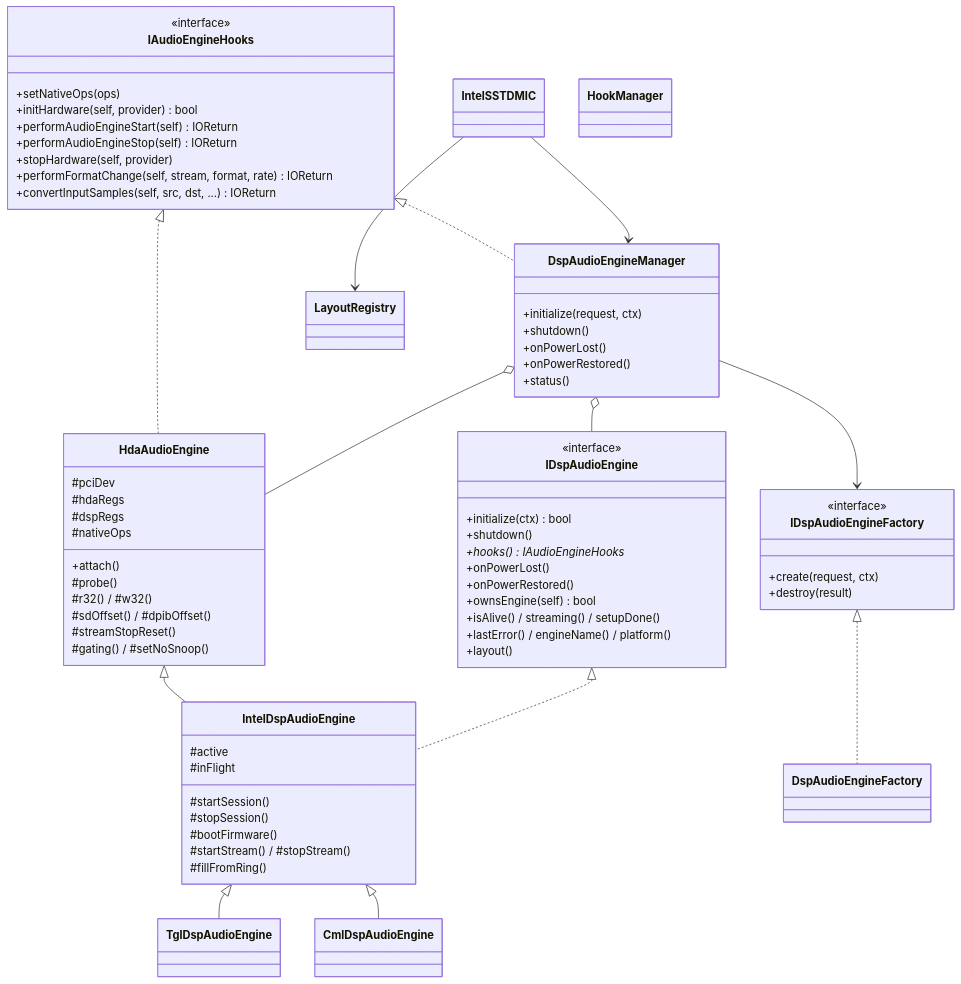
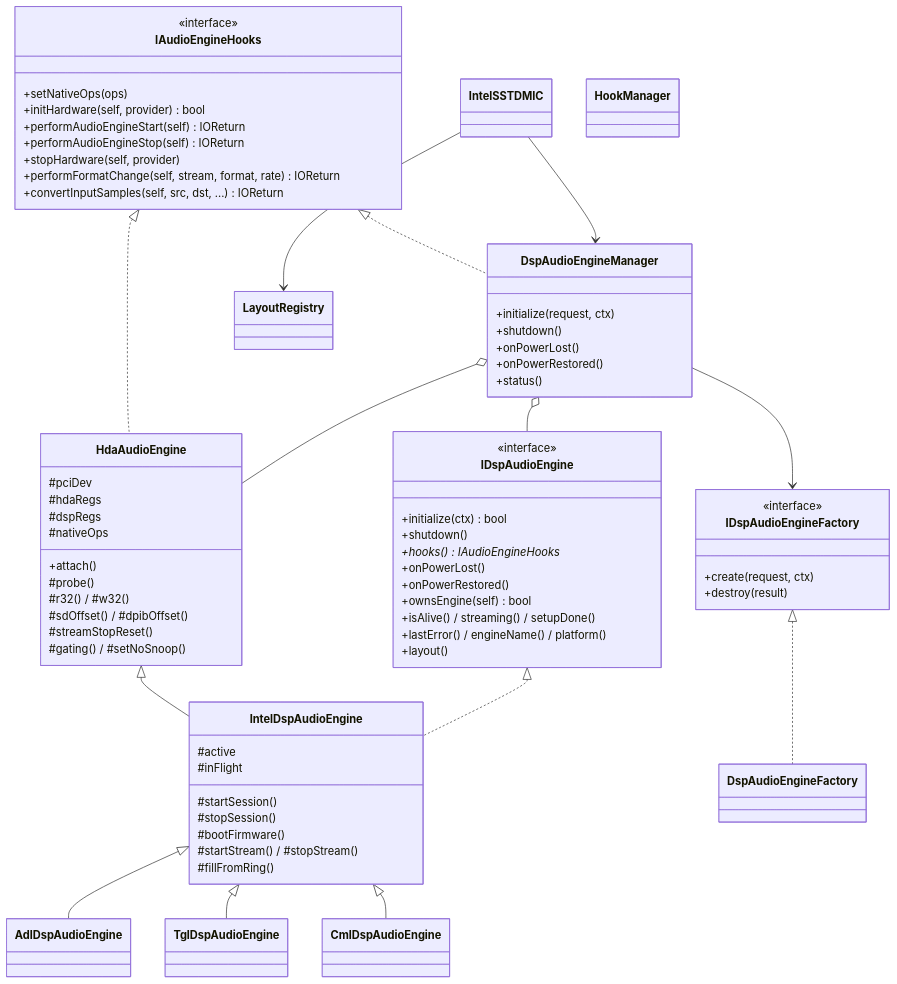
One commit to frstprjkt/IntelSSTDMIC changed the second of 3 diagrams in docs/architecture.md. Above: the diagram before and after it, drawn with Mermaid. The commit also changed other lines of this file and 13 other files, not shown here.

````diff
--- a/docs/architecture.md
+++ b/docs/architecture.md
@@ -77,80 +77,82 @@
 ```mermaid
 classDiagram
     class IAudioEngineHooks {
         <<interface>>
         +setNativeOps(ops)
         +initHardware(self, provider) bool
         +performAudioEngineStart(self) IOReturn
         +performAudioEngineStop(self) IOReturn
         +stopHardware(self, provider)
         +performFormatChange(self, stream, format, rate) IOReturn
         +convertInputSamples(self, src, dst, ...) IOReturn
     }
 
     class HdaAudioEngine {
         #pciDev
         #hdaRegs
         #dspRegs
         #nativeOps
         +attach()
         #probe()
         #r32() / #w32()
         #sdOffset() / #dpibOffset()
         #streamStopReset()
         #gating() / #setNoSnoop()
     }
 
     class IDspAudioEngine {
         <<interface>>
         +initialize(ctx) bool
         +shutdown()
         +hooks() IAudioEngineHooks*
         +onPowerLost()
         +onPowerRestored()
         +ownsEngine(self) bool
         +isAlive() / streaming() / setupDone()
         +lastError() / engineName() / platform()
         +layout()
     }
 
     class IntelDspAudioEngine {
         #startSession()
         #stopSession()
         #bootFirmware()
         #startStream() / #stopStream()
         #fillFromRing()
         #active
         #inFlight
     }
 
+    class AdlDspAudioEngine
     class TglDspAudioEngine
     class CmlDspAudioEngine
     class DspAudioEngineManager {
         +initialize(request, ctx)
         +shutdown()
         +onPowerLost()
         +onPowerRestored()
         +status()
     }
     class IDspAudioEngineFactory {
         <<interface>>
         +create(request, ctx)
         +destroy(result)
     }
     class IntelSSTDMIC
     class LayoutRegistry
     class HookManager
 
     IAudioEngineHooks <|.. HdaAudioEngine
     HdaAudioEngine <|-- IntelDspAudioEngine
     IDspAudioEngine <|.. IntelDspAudioEngine
+    IntelDspAudioEngine <|-- AdlDspAudioEngine
     IntelDspAudioEngine <|-- TglDspAudioEngine
     IntelDspAudioEngine <|-- CmlDspAudioEngine
     IAudioEngineHooks <|.. DspAudioEngineManager
     IDspAudioEngineFactory <|.. DspAudioEngineFactory
     DspAudioEngineManager --> IDspAudioEngineFactory
     DspAudioEngineManager o-- IDspAudioEngine
     DspAudioEngineManager o-- HdaAudioEngine
     IntelSSTDMIC --> LayoutRegistry
     IntelSSTDMIC --> DspAudioEngineManager
 ```
````
